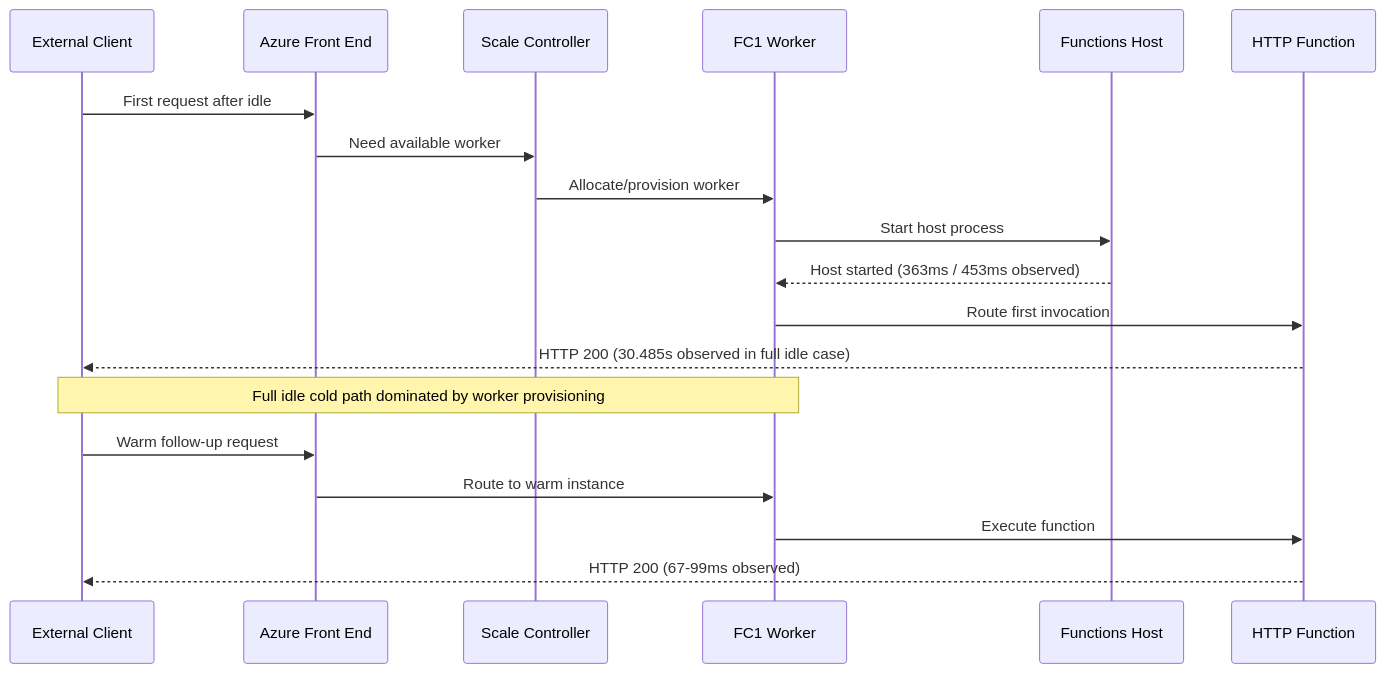
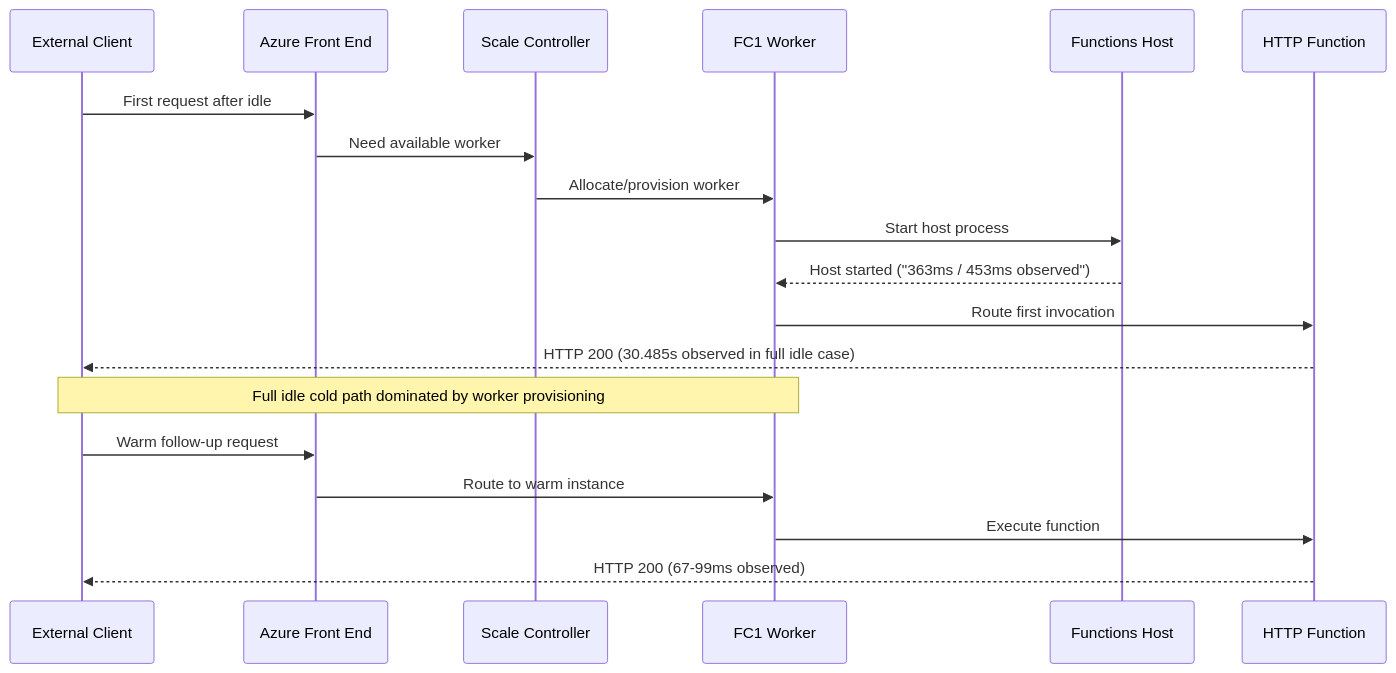
The second of 5 diagrams in docs/troubleshooting/lab-guides/cold-start.md (yeongseon/azure-functions-practical-guide), drawn with Mermaid before and after one commit. The commit also changed other lines of this file and 70 other files, not shown here.

First line of the commit message:
fix: quote special characters in Mermaid node labels to prevent rendering errors

````diff
--- a/docs/troubleshooting/lab-guides/cold-start.md
+++ b/docs/troubleshooting/lab-guides/cold-start.md
@@ -73,21 +73,21 @@
 ```mermaid
 sequenceDiagram
     participant Client as External Client
     participant FE as Azure Front End
     participant Scale as Scale Controller
     participant Worker as FC1 Worker
     participant Host as Functions Host
     participant Func as HTTP Function
     Client->>FE: First request after idle
     FE->>Scale: Need available worker
     Scale->>Worker: Allocate/provision worker
     Worker->>Host: Start host process
-    Host-->>Worker: Host started (363ms / 453ms observed)
+    Host-->>Worker: Host started ("363ms / 453ms observed")
     Worker->>Func: Route first invocation
     Func-->>Client: HTTP 200 (30.485s observed in full idle case)
     Note over Client,Worker: Full idle cold path dominated by worker provisioning
     Client->>FE: Warm follow-up request
     FE->>Worker: Route to warm instance
     Worker->>Func: Execute function
     Func-->>Client: HTTP 200 (67-99ms observed)
 ```
````
